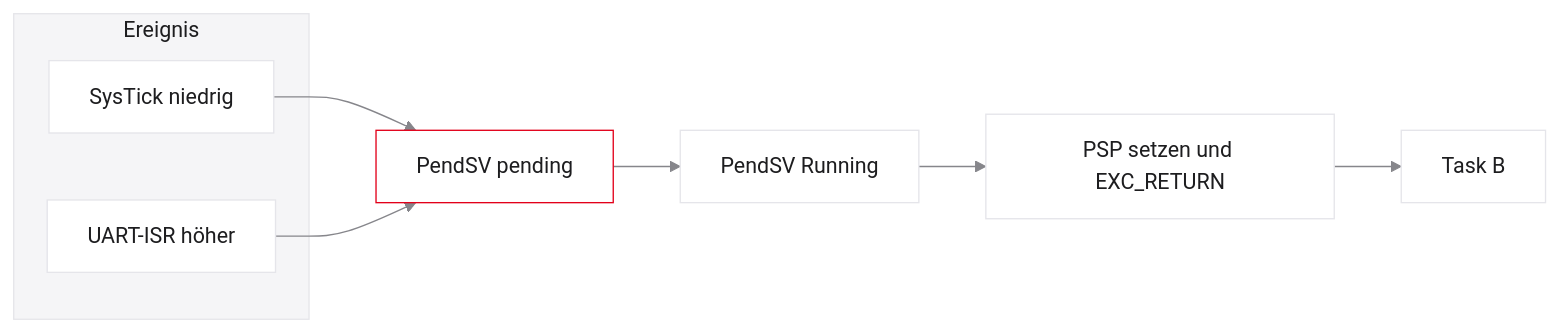
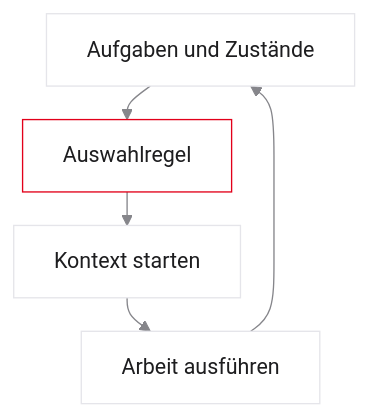
Before and after one commit to dantschi/echtzeitsysteme: the second of 10 diagrams in vorlesungen/02_scheduling-theorie.qmd, drawn with Mermaid. The commit also changed other lines of this file and 6 other files, not shown here.

````diff
--- a/vorlesungen/02_scheduling-theorie.qmd
+++ b/vorlesungen/02_scheduling-theorie.qmd
@@ -1091,15 +302,10 @@
 ```{mermaid}
-%%| fig-width: 7
-%%{init: {'theme': 'base', 'themeVariables': {'background': '#FFFFFF', 'primaryColor': '#FFFFFF', 'primaryBorderColor': '#E5E5EA', 'primaryTextColor': '#1D1D1F', 'lineColor': '#86868B', 'secondaryColor': '#F5F5F7', 'tertiaryColor': '#FFFFFF', 'mainBkg': '#FFFFFF', 'nodeBorder': '#E5E5EA', 'clusterBkg': '#F5F5F7', 'clusterBorder': '#E5E5EA', 'titleColor': '#1D1D1F', 'edgeLabelBackground': '#FFFFFF'}}}%%
-flowchart LR
-  subgraph evt [Ereignis]
-    ST[SysTick niedrig]
-    UART[UART-ISR höher]
-  end
-  ST --> PEND[PendSV pending]
-  UART --> PEND
-  PEND --> RUN[PendSV Running]
-  RUN --> PSP[PSP setzen und EXC_RETURN]
-  PSP --> TB[Task B]
-  style PEND fill:#FFFFFF,stroke:#E2001A,stroke-width:2px !important
+%%| fig-width: 5.2
+%%{init: {'theme': 'base', 'flowchart': {'nodeSpacing': 30, 'rankSpacing': 25}, 'themeVariables': {'background': '#FFFFFF', 'primaryColor': '#FFFFFF', 'primaryBorderColor': '#E5E5EA', 'primaryTextColor': '#1D1D1F', 'lineColor': '#86868B', 'secondaryColor': '#F5F5F7', 'tertiaryColor': '#FFFFFF', 'clusterBkg': '#F5F5F7', 'clusterBorder': '#E5E5EA', 'edgeLabelBackground': '#FFFFFF'}}}%%
+flowchart TD
+  A[Aufgaben und Zustände] --> B[Auswahlregel]
+  B --> C[Kontext starten]
+  C --> D[Arbeit ausführen]
+  D --> A
+  style B fill:#FFFFFF,stroke:#E2001A,stroke-width:2px !important
 ```
````
